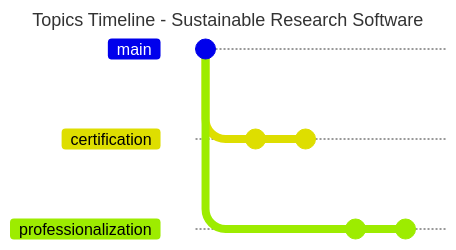
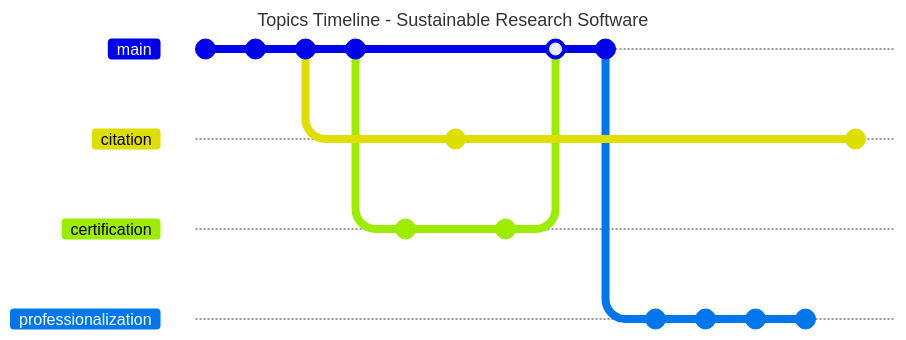
The diagram in topics-timeline.md (amarcic/SustainableResearchSoftware), drawn with Mermaid before and after one commit. Commit ids are hidden.

Commit message:
some more branching and commits

````diff
--- a/topics-timeline.md
+++ b/topics-timeline.md
@@ -1,16 +1,31 @@
 ```mermaid
 ---
 title: Topics Timeline - Sustainable Research Software
 ---
 gitGraph
    commit id: "Setup Task Area and Measure in NFDI4Culture"
+   commit id: "Expert Forum No. 1"
+   commit id: "TOPIC: citation"
+   branch citation
+   checkout main
+   commit id: "TOPIC: certification"
    branch certification
    checkout certification
    commit id: "Expert Forum No. 3"
-   commit id: "Badges"
+   checkout citation
+   commit id: "Presentation @DHd2022"
+   checkout certification
+   commit id: "Badges recommendations"
    checkout main
+   merge certification
+   checkout main
+   commit id: "TOPIC: professionalization"
    branch professionalization
    checkout professionalization
-   commit
-   commit
+   commit id: "Expert Forum No. 4"
+   commit id: "Report Expert Forum No. 4"
+   commit id: "AG DH-RSE workshop @DHd2023"
+   commit id: "Expert Forum No. 5"
+   checkout citation
+   commit id: "Presentation @DH2023"
 ```
````
